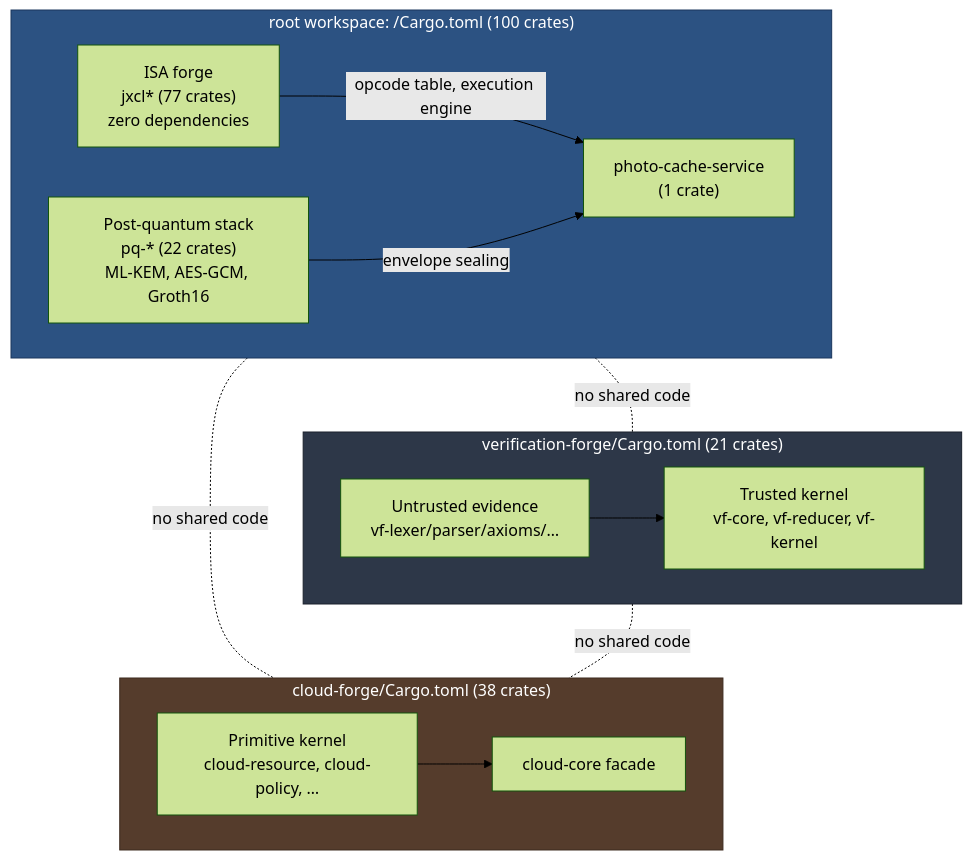
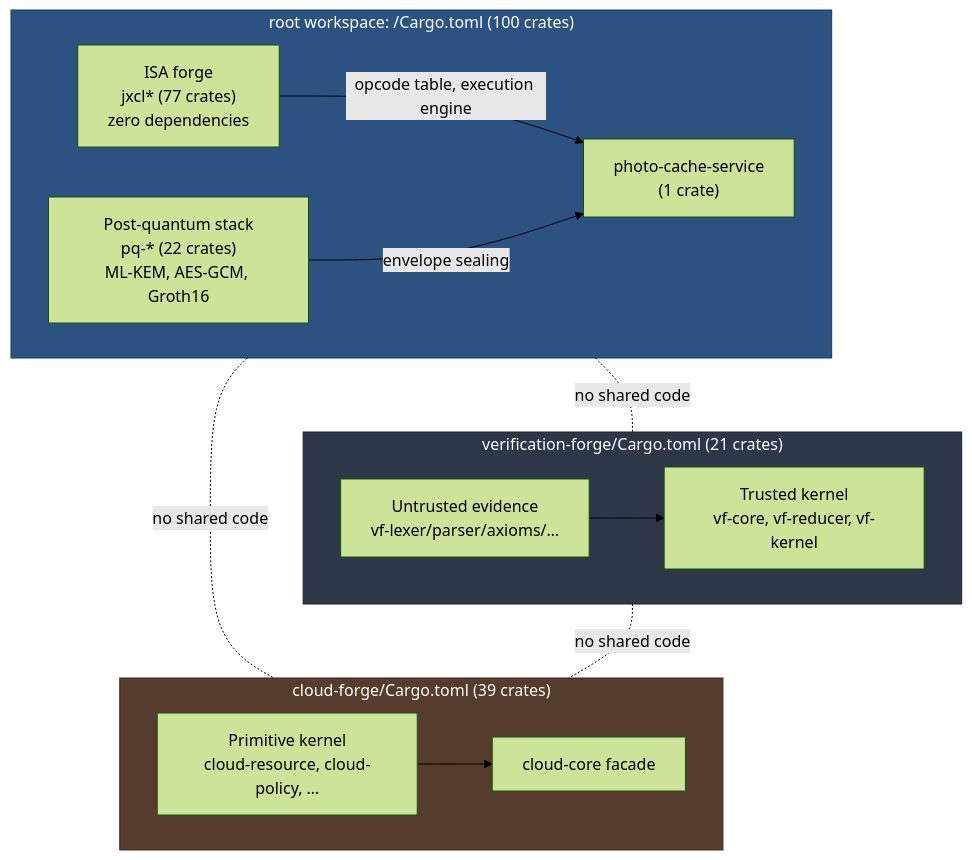
The first of 5 diagrams in README.md (SNAPKITTYAGENT9NOVA/tlm-jxcl-forge), drawn with Mermaid (forest theme) before and after one commit. The commit also changed other lines of this file and 5 other files, not shown here.

````diff
--- a/README.md
+++ b/README.md
@@ -69,33 +69,33 @@
 ```mermaid
 flowchart TB
     subgraph ROOT["root workspace: /Cargo.toml (100 crates)"]
         direction LR
         isa["ISA forge<br/>jxcl* (77 crates)<br/>zero dependencies"]
         pq["Post-quantum stack<br/>pq-* (22 crates)<br/>ML-KEM, AES-GCM, Groth16"]
         svc["photo-cache-service<br/>(1 crate)"]
         isa -->|opcode table, execution engine| svc
         pq -->|envelope sealing| svc
     end
 
     subgraph VF["verification-forge/Cargo.toml (21 crates)"]
         direction LR
         vfk["Trusted kernel<br/>vf-core, vf-reducer, vf-kernel"]
         vfe["Untrusted evidence<br/>vf-lexer/parser/axioms/…"]
         vfe --> vfk
     end
 
-    subgraph CF["cloud-forge/Cargo.toml (38 crates)"]
+    subgraph CF["cloud-forge/Cargo.toml (39 crates)"]
         direction LR
         cfk["Primitive kernel<br/>cloud-resource, cloud-policy, …"]
         cfc["cloud-core facade"]
         cfk --> cfc
     end
 
     ROOT -.no shared code.- VF
     ROOT -.no shared code.- CF
     VF -.no shared code.- CF
 
     style ROOT fill:#2c5282,color:#fff,stroke:#1a365d
     style VF fill:#2d3748,color:#fff,stroke:#1a202c
     style CF fill:#553c2c,color:#fff,stroke:#3d2b1f
 ```
````
